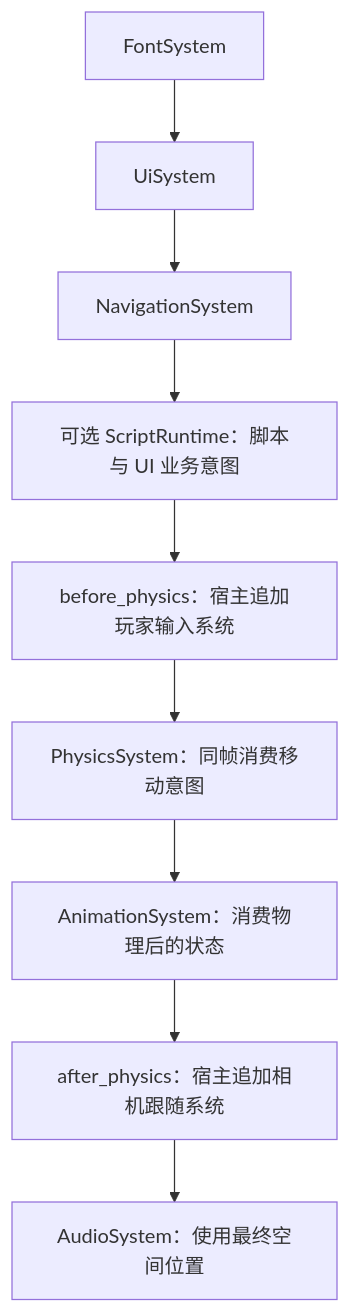
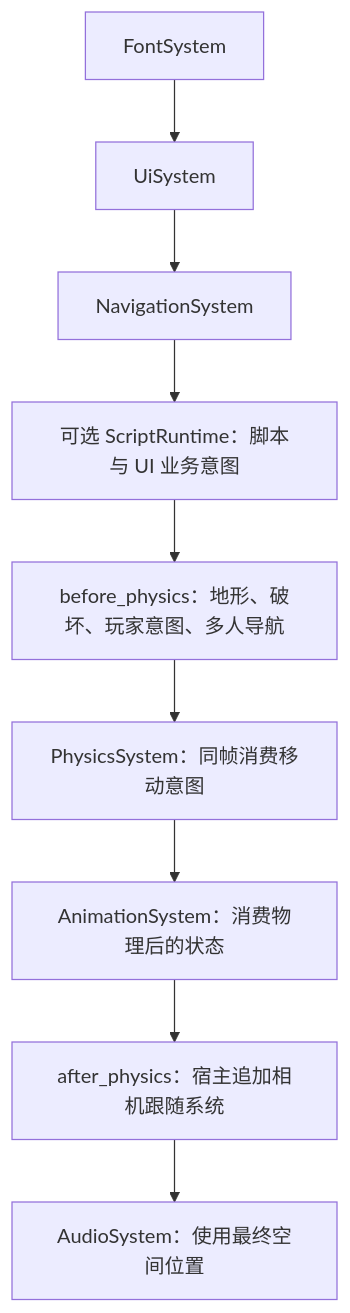
Before and after one commit to lcals/Engine: the second of 2 diagrams in docs/runtime/class-diagrams/runtime-host.md, drawn with Mermaid. The commit also changed other lines of this file and 77 other files, not shown here.

````diff
--- a/docs/runtime/class-diagrams/runtime-host.md
+++ b/docs/runtime/class-diagrams/runtime-host.md
@@ -91,11 +92,11 @@
 ```mermaid
 flowchart TD
     F[FontSystem] --> U[UiSystem]
     U --> N[NavigationSystem]
     N --> S[可选 ScriptRuntime：脚本与 UI 业务意图]
-    S --> B[before_physics：宿主追加玩家输入系统]
+    S --> B[before_physics：地形、破坏、玩家意图、多人导航]
     B --> P[PhysicsSystem：同帧消费移动意图]
     P --> A[AnimationSystem：消费物理后的状态]
     A --> C[after_physics：宿主追加相机跟随系统]
     C --> O[AudioSystem：使用最终空间位置]
 ```
````
